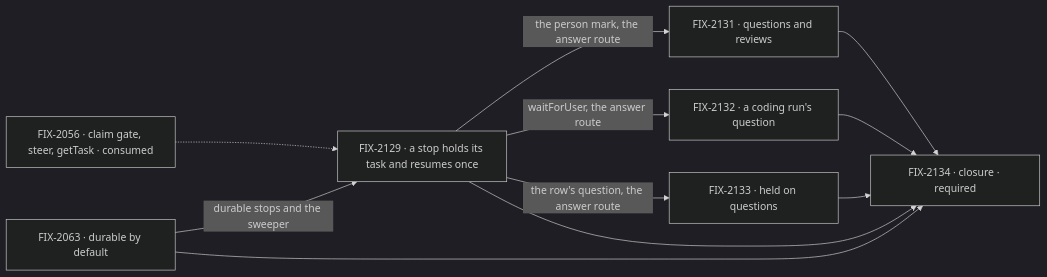
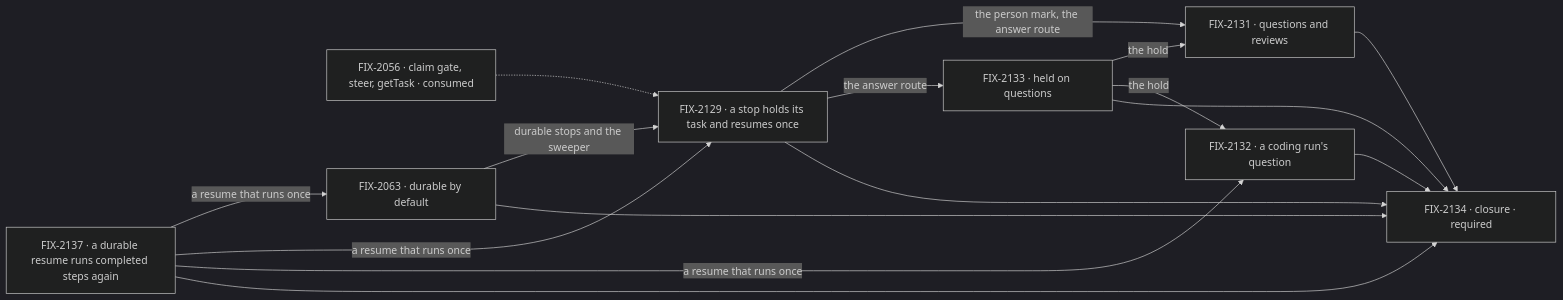
Before and after one commit to fixpoint-labs/flow-state-dev: the second of 2 diagrams in specs/epics/FIX-2058/SPEC.md, drawn with Mermaid (dark theme). The commit also changed other lines of this file and 9 other files, not shown here.

````diff
--- a/specs/epics/FIX-2058/SPEC.md
+++ b/specs/epics/FIX-2058/SPEC.md
@@ -105,13 +108,18 @@
 ```mermaid
 flowchart LR
   I["FIX-2056 · claim gate, steer, getTask · consumed"] -.-> B
+  K["FIX-2137 · a durable resume runs completed steps again"] -->|"a resume that runs once"| A
+  K -->|"a resume that runs once"| B
+  K -->|"a resume that runs once"| E
   A["FIX-2063 · durable by default"] -->|"durable stops and the sweeper"| B["FIX-2129 · a stop holds its task and resumes once"]
   B -->|"the person mark, the answer route"| D["FIX-2131 · questions and reviews"]
-  B -->|"waitForUser, the answer route"| E["FIX-2132 · a coding run's question"]
-  B -->|"the row's question, the answer route"| G["FIX-2133 · held on questions"]
+  B -->|"the answer route"| G["FIX-2133 · held on questions"]
+  G -->|"the hold"| D
+  G -->|"the hold"| E["FIX-2132 · a coding run's question"]
   A --> P["FIX-2134 · closure · required"]
   B --> P
   D --> P
   E --> P
+  K --> P
   G --> P
 ```
````
